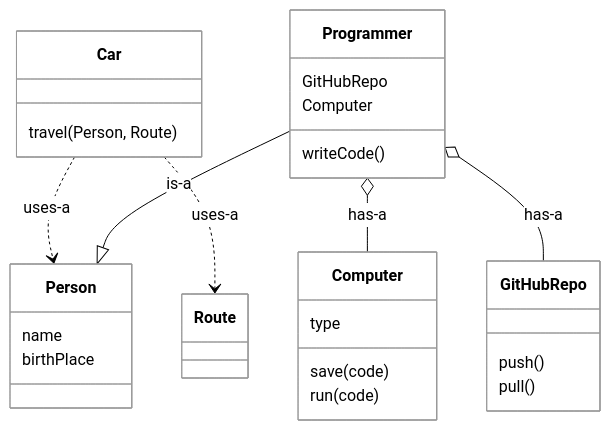
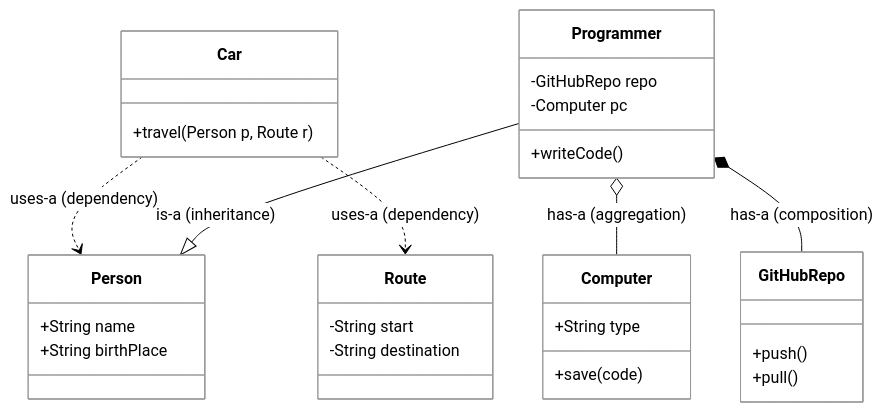
The second of 4 diagrams in instruction/object-oriented-design/object-oriented-design.md (byucsstudent/cs240v2), drawn with Mermaid before and after one commit. The commit also changed other lines of this file, not shown here.

Commit message:
Lee Jensen - update(Object Oriented Design)

````diff
--- a/instruction/object-oriented-design/object-oriented-design.md
+++ b/instruction/object-oriented-design/object-oriented-design.md
@@ -64,33 +71,35 @@
 ```mermaid
 %%{init: { 'theme': 'neutral', 'themeVariables': { 'mainBkg': '#ffffff', 'lineColor': '#000000', 'primaryTextColor': '#000000' } }}%%
 
 classDiagram
     class Car {
-        travel(Person, Route)
+        +travel(Person p, Route r)
     }
     class Person {
-        name
-        birthPlace
+        +String name
+        +String birthPlace
     }
-    class Route
+    class Route {
+        -String start
+        -String destination
+    }
     class Programmer {
-        GitHubRepo
-        Computer
-        writeCode()
+        -GitHubRepo repo
+        -Computer pc
+        +writeCode()
     }
     class Computer {
-        type
-        save(code)
-        run(code)
+        +String type
+        +save(code)
     }
     class GitHubRepo {
-        push()
-        pull()
+        +push()
+        +pull()
     }
 
-    Car ..> Person : uses-a
-    Car ..> Route : uses-a
-    Programmer --|> Person : is-a
-    Programmer o-- Computer : has-a
-    Programmer o-- GitHubRepo : has-a
+    Car ..> Person : uses-a (dependency)
+    Car ..> Route : uses-a (dependency)
+    Programmer --|> Person : is-a (inheritance)
+    Programmer o-- Computer : has-a (aggregation)
+    Programmer *-- GitHubRepo : has-a (composition)
 ```
````
